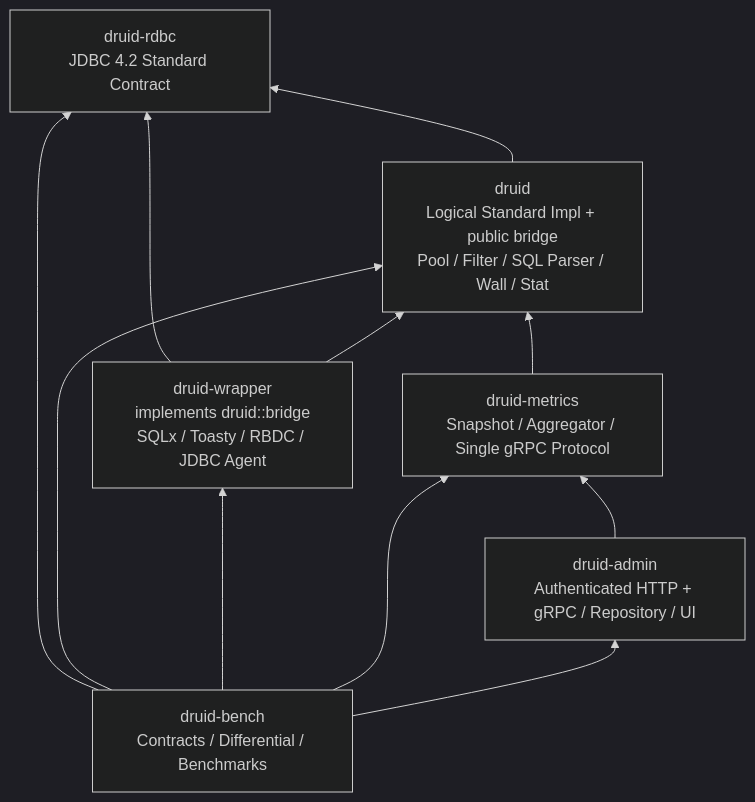
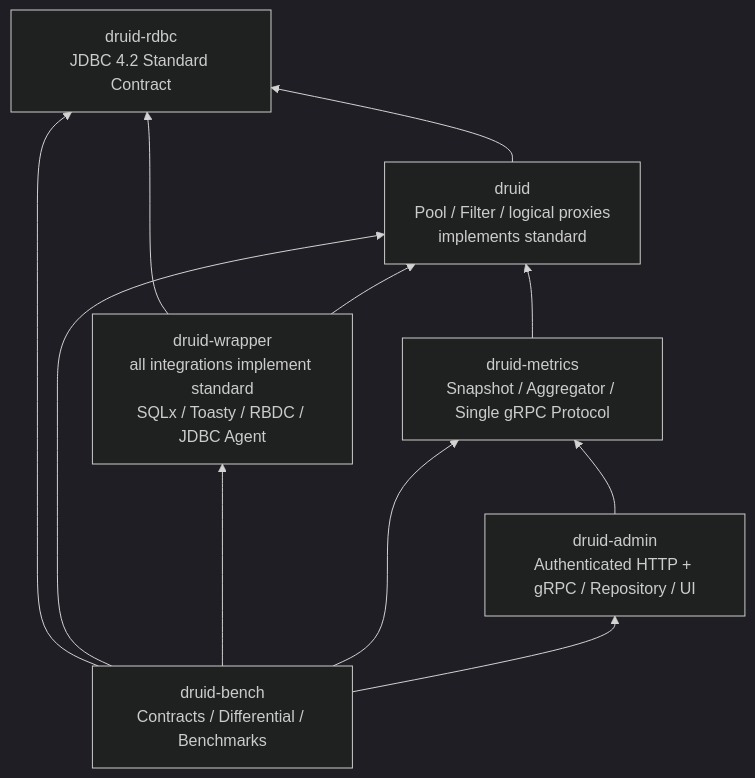
One commit to easy-4-rust/druid-rust changed the diagram in docs/superpowers/specs/2026-08-21-rdbc-first-five-crate-architecture.md. Above: the diagram before and after it, drawn with Mermaid (dark theme). The commit also changed other lines of this file and 17 other files, not shown here.

Commit message:
docs(rdbc): unify integrations under one standard

````diff
--- a/docs/superpowers/specs/2026-08-21-rdbc-first-five-crate-architecture.md
+++ b/docs/superpowers/specs/2026-08-21-rdbc-first-five-crate-architecture.md
@@ -72,20 +72,20 @@
 ```mermaid
 flowchart BT
     RDBC["druid-rdbc<br/>JDBC 4.2 Standard Contract"]
-    DRUID["druid<br/>Logical Standard Impl + public bridge<br/>Pool / Filter / SQL Parser / Wall / Stat"]
-    WRAPPER["druid-wrapper<br/>implements druid::bridge<br/>SQLx / Toasty / RBDC / JDBC Agent"]
+    DRUID["druid<br/>Pool / Filter / logical proxies<br/>implements standard"]
+    WRAPPER["druid-wrapper<br/>all integrations implement standard<br/>SQLx / Toasty / RBDC / JDBC Agent"]
     METRICS["druid-metrics<br/>Snapshot / Aggregator / Single gRPC Protocol"]
     ADMIN["druid-admin<br/>Authenticated HTTP + gRPC / Repository / UI"]
     BENCH["druid-bench<br/>Contracts / Differential / Benchmarks"]
 
     DRUID --> RDBC
     WRAPPER --> RDBC
     WRAPPER --> DRUID
     METRICS --> DRUID
     ADMIN --> METRICS
     BENCH --> RDBC
     BENCH --> DRUID
     BENCH --> WRAPPER
     BENCH --> METRICS
     BENCH --> ADMIN
 ```
````
